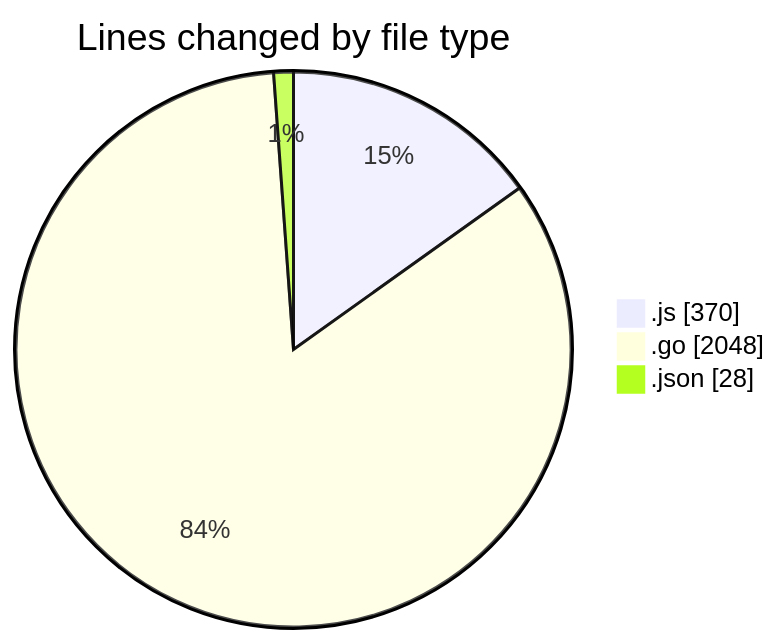
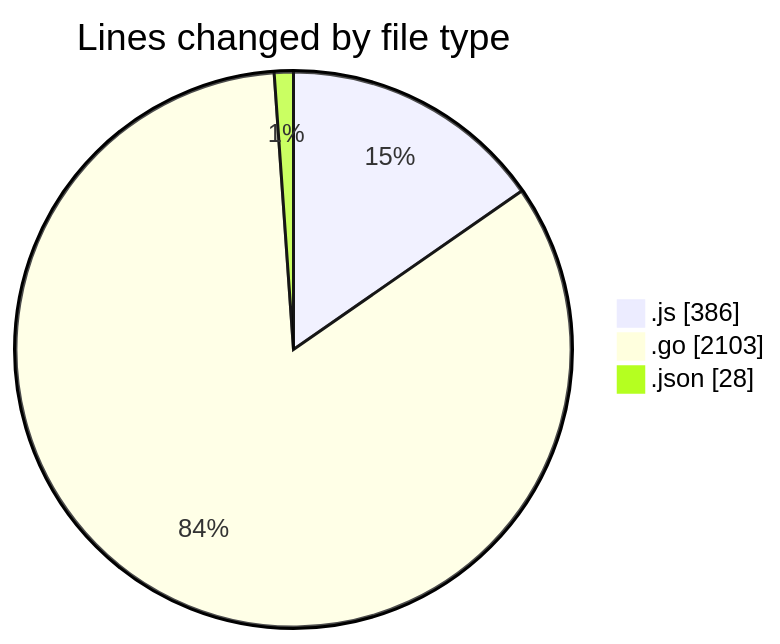
Before and after one commit to robertbonfada/code-tracking: the first of 2 diagrams in 2025-03-04/simulador-serial/README.md, drawn with Mermaid. The commit also changed other lines of this file and 1 other file, not shown here.

````diff
--- a/2025-03-04/simulador-serial/README.md
+++ b/2025-03-04/simulador-serial/README.md
@@ -27,7 +27,7 @@
 ```mermaid
 pie showData
 title Lines changed by file type
-".js" : 370
-".go" : 2048
+".js" : 386
+".go" : 2103
 ".json" : 28
 ```
````
